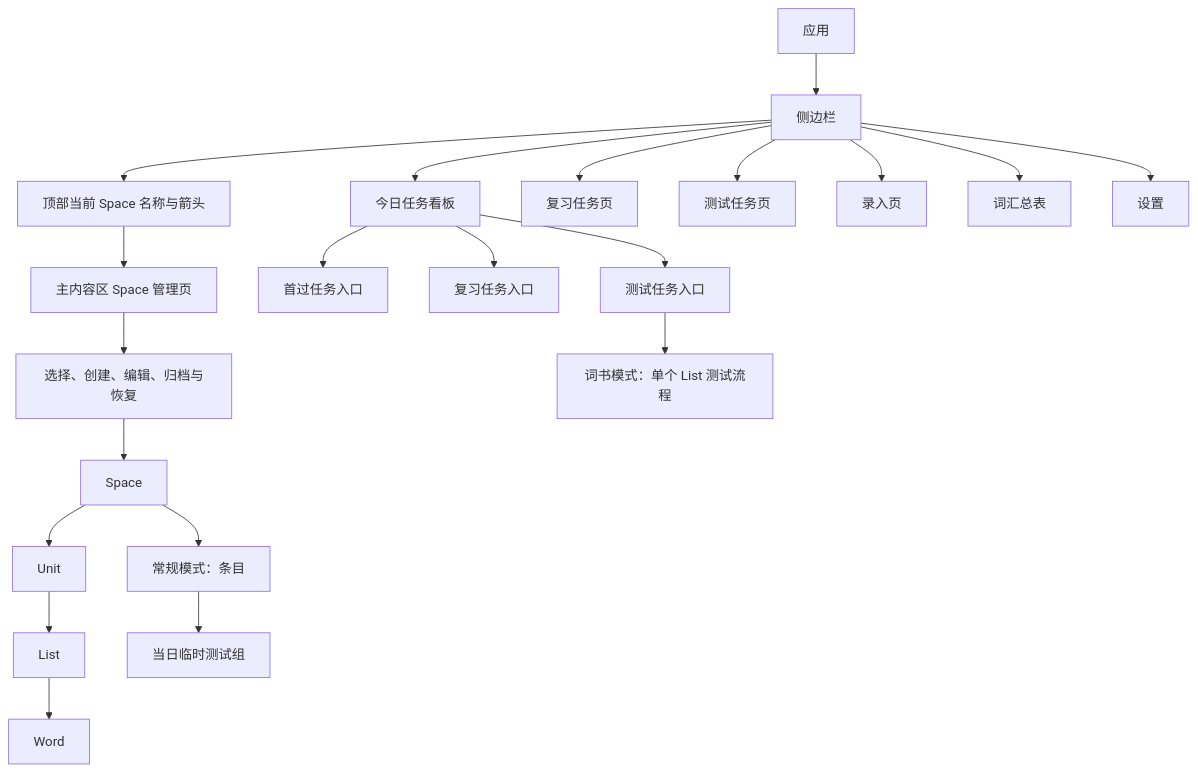
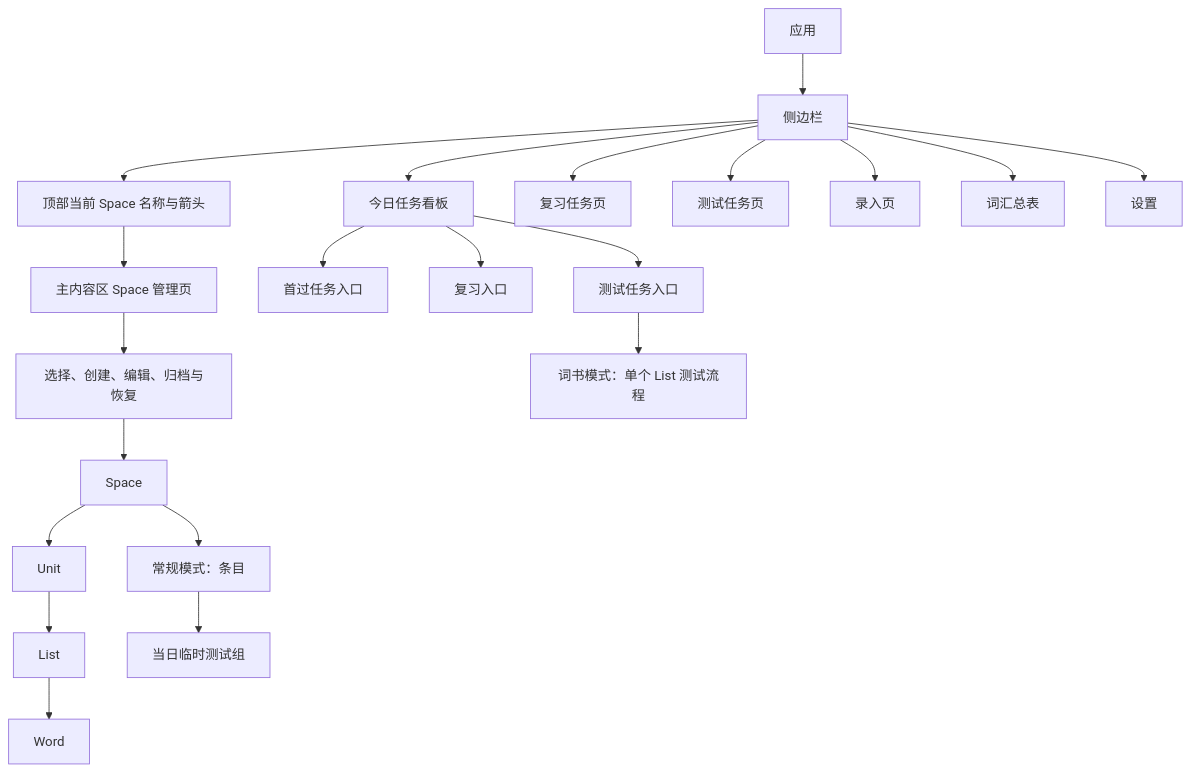
Before and after one commit to EdgarZhong/ebbinghaus-vocab: the diagram in docs/需求规格.md, drawn with Mermaid. The commit also changed other lines of this file and 4 other files, not shown here.

````diff
--- a/docs/需求规格.md
+++ b/docs/需求规格.md
@@ -94,23 +95,23 @@
 ```mermaid
 flowchart TD
     A["应用"] --> B["侧边栏"]
     B --> C["顶部当前 Space 名称与箭头"]
     B --> D["今日任务看板"]
     B --> E["复习任务页"]
     B --> F["测试任务页"]
     B --> G["录入页"]
     B --> H["词汇总表"]
     B --> I["设置"]
     C --> J["主内容区 Space 管理页"]
     J --> K["选择、创建、编辑、归档与恢复"]
     D --> L["首过任务入口"]
-    D --> M["复习任务入口"]
+    D --> M["复习入口"]
     D --> N["测试任务入口"]
     N --> O["词书模式：单个 List 测试流程"]
     K --> P["Space"]
     P --> Q["Unit"]
     Q --> R["List"]
     R --> S["Word"]
     P --> T["常规模式：条目"]
     T --> U["当日临时测试组"]
 ```
````
